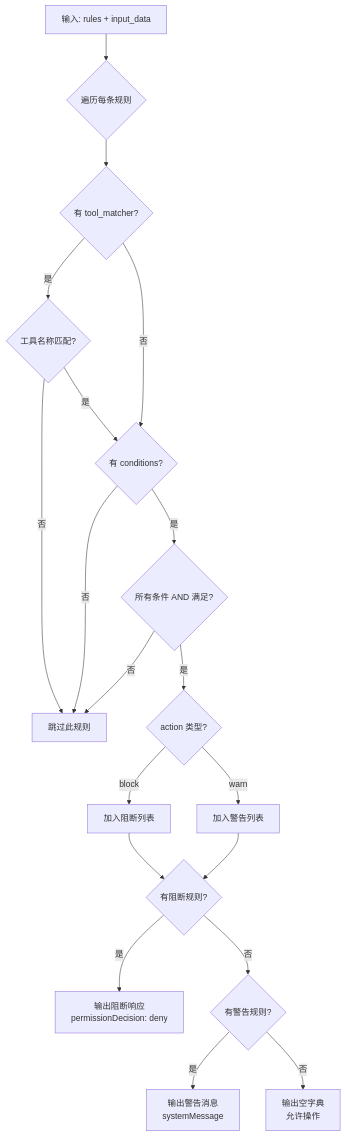
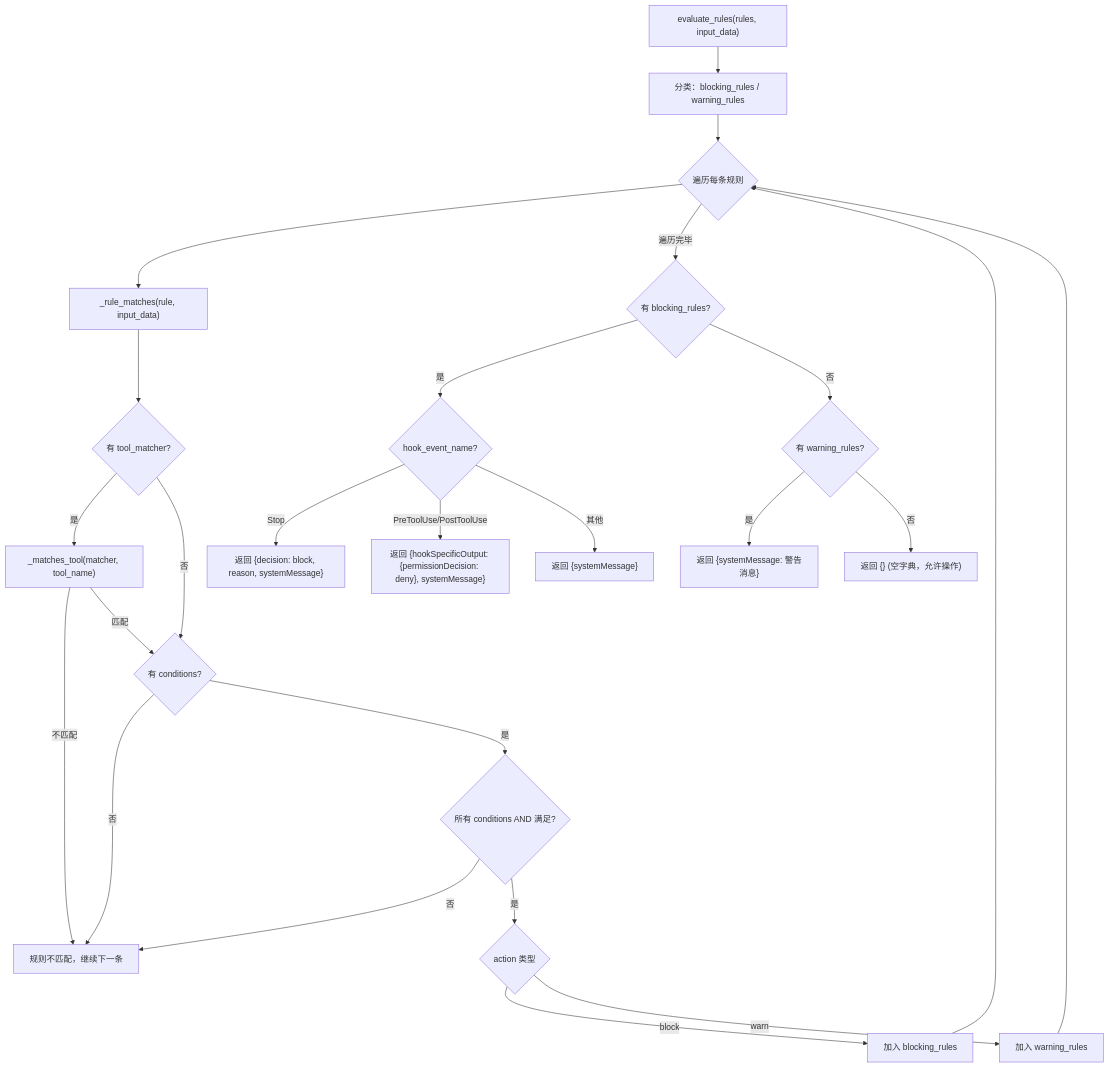
The ninth of 17 diagrams in docs/technical_design.md (zhangzqhn/claude-code), drawn with Mermaid before and after one commit. The commit also changed other lines of this file, not shown here.

````diff
--- a/docs/technical_design.md
+++ b/docs/technical_design.md
@@ -215,21 +695,27 @@
 ```mermaid
 flowchart TD
-    A[输入: rules + input_data] --> B{遍历每条规则}
-    B --> C{有 tool_matcher?}
-    C -->|是| D{工具名称匹配?}
-    D -->|否| E[跳过此规则]
-    D -->|是| F{有 conditions?}
-    C -->|否| F
-    F -->|否| E
-    F -->|是| G{所有条件 AND 满足?}
-    G -->|否| E
-    G -->|是| H{action 类型?}
-    H -->|block| I[加入阻断列表]
-    H -->|warn| J[加入警告列表]
-    I --> K{有阻断规则?}
-    J --> K
-    K -->|是| L[输出阻断响应<br/>permissionDecision: deny]
-    K -->|否| M{有警告规则?}
-    M -->|是| N[输出警告消息<br/>systemMessage]
-    M -->|否| O[输出空字典<br/>允许操作]
+    A["evaluate_rules(rules, input_data)"] --> B["分类：blocking_rules / warning_rules"]
+    B --> C{遍历每条规则}
+    C --> D["_rule_matches(rule, input_data)"]
+    D --> E{有 tool_matcher?}
+    E -->|是| F["_matches_tool(matcher, tool_name)"]
+    F -->|不匹配| G[规则不匹配，继续下一条]
+    E -->|否| H{有 conditions?}
+    F -->|匹配| H
+    H -->|否| G
+    H -->|是| I{所有 conditions AND 满足?}
+    I -->|否| G
+    I -->|是| J{action 类型}
+    J -->|block| K[加入 blocking_rules]
+    J -->|warn| L[加入 warning_rules]
+    K --> C
+    L --> C
+    C -->|遍历完毕| M{有 blocking_rules?}
+    M -->|是| N{hook_event_name?}
+    N -->|Stop| O["返回 {decision: block, reason, systemMessage}"]
+    N -->|PreToolUse/PostToolUse| P["返回 {hookSpecificOutput: {permissionDecision: deny}, systemMessage}"]
+    N -->|其他| Q["返回 {systemMessage}"]
+    M -->|否| R{有 warning_rules?}
+    R -->|是| S["返回 {systemMessage: 警告消息}"]
+    R -->|否| T["返回 {} (空字典，允许操作)"]
 ```
````
